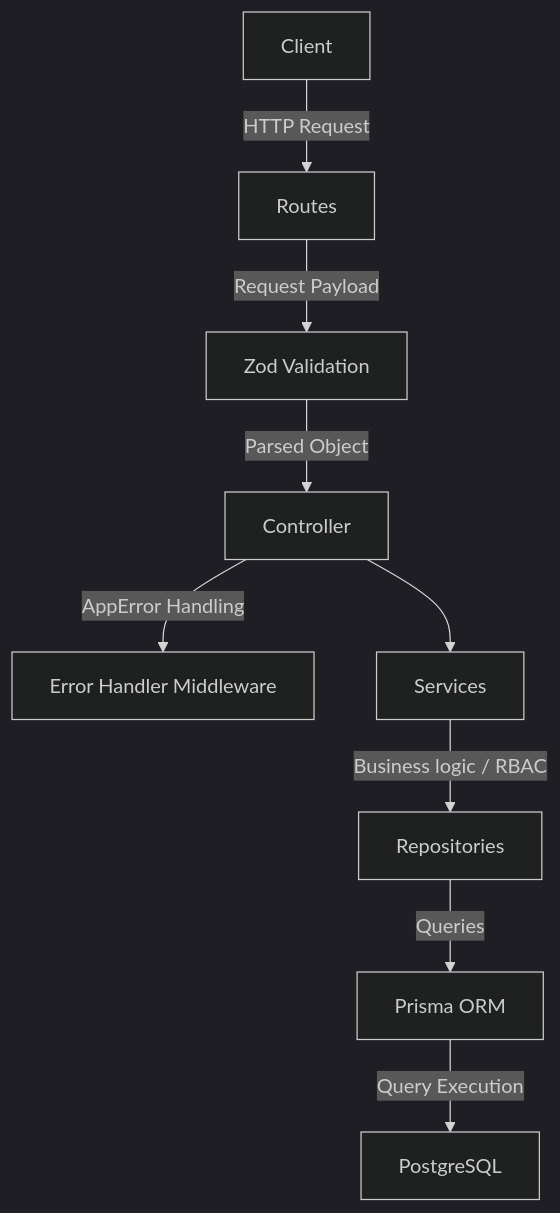
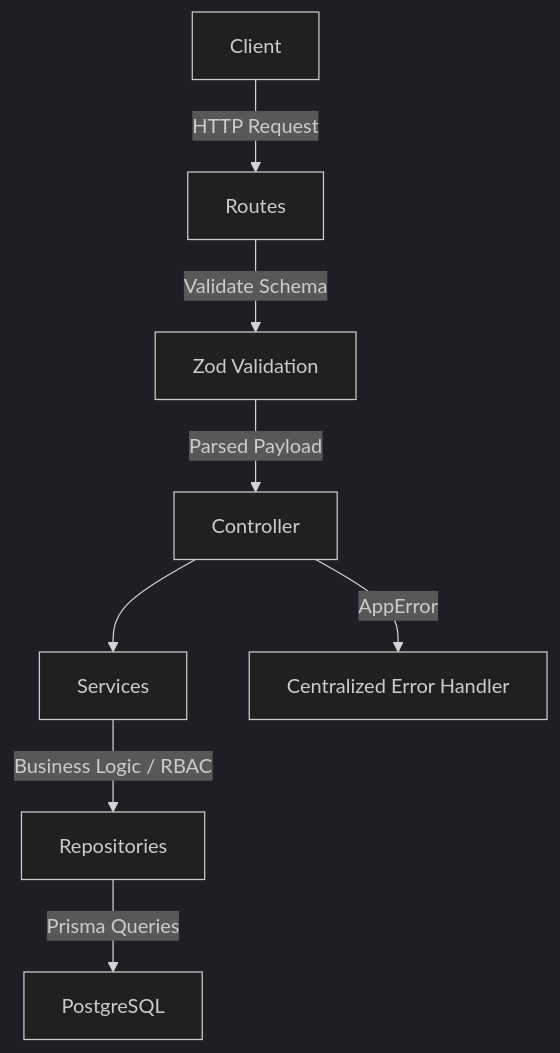
Before and after one commit to mdmakky/Luminous-Labs---NodeJS-Task: the first of 2 diagrams in README.md, drawn with Mermaid (dark theme). The commit also changed other lines of this file, not shown here.

Commit message:
docs: professional README rewrite — full coverage of all evaluation criteria, project structure, RBAC matrix, filtering tables, test breakdown, and production hardening notes

````diff
--- a/README.md
+++ b/README.md
@@ -69,11 +150,10 @@
 ```mermaid
 graph TD
     Client -->|HTTP Request| Routes
-    Routes -->|Request Payload| Validation[Zod Validation]
-    Validation -->|Parsed Object| Controller
-    Controller -->|AppError Handling| Middleware[Error Handler Middleware]
+    Routes -->|Validate Schema| Validation[Zod Validation]
+    Validation -->|Parsed Payload| Controller
     Controller --> Services
-    Services -->|Business logic / RBAC| Repositories
-    Repositories -->|Queries| Prisma[Prisma ORM]
-    Prisma -->|Query Execution| PostgreSQL
+    Services -->|Business Logic / RBAC| Repositories
+    Repositories -->|Prisma Queries| PostgreSQL
+    Controller -->|AppError| ErrorHandler[Centralized Error Handler]
 ```
````
